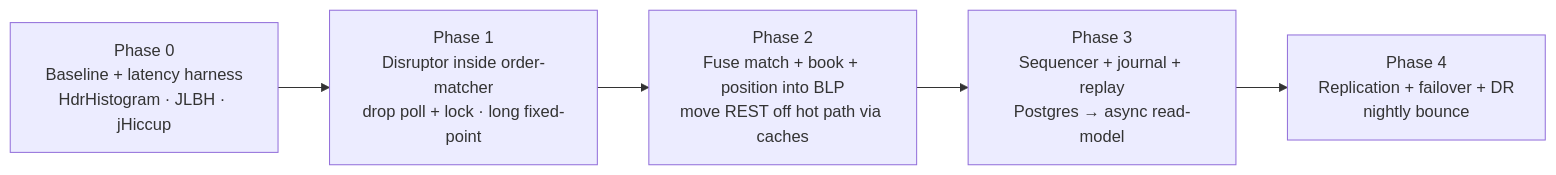
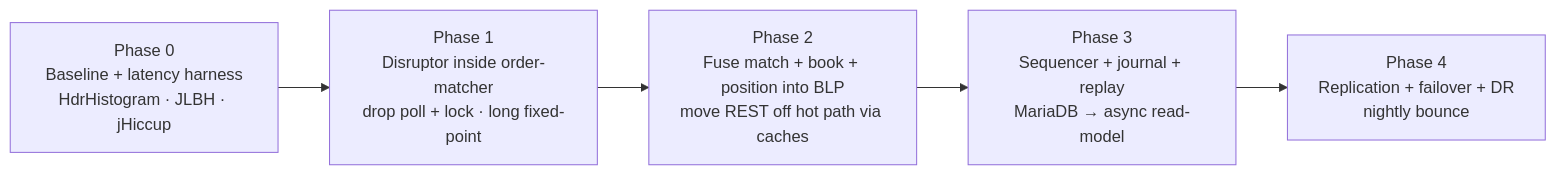
The eighth of 8 diagrams in LMAX-SEQUENCER-ARCHITECTURE.md (YU-CS-Summer-2026-Distributed-TraderX/traderX), drawn with Mermaid before and after one commit. The commit also changed other lines of this file and 16 other files, not shown here.

````diff
--- a/LMAX-SEQUENCER-ARCHITECTURE.md
+++ b/LMAX-SEQUENCER-ARCHITECTURE.md
@@ -567,8 +583,8 @@
 ```mermaid
 flowchart LR
   P0["Phase 0<br/>Baseline + latency harness<br/>HdrHistogram · JLBH · jHiccup"] --> P1
   P1["Phase 1<br/>Disruptor inside order-matcher<br/>drop poll + lock · long fixed-point"] --> P2
   P2["Phase 2<br/>Fuse match + book + position into BLP<br/>move REST off hot path via caches"] --> P3
-  P3["Phase 3<br/>Sequencer + journal + replay<br/>Postgres → async read-model"] --> P4
+  P3["Phase 3<br/>Sequencer + journal + replay<br/>MariaDB → async read-model"] --> P4
   P4["Phase 4<br/>Replication + failover + DR<br/>nightly bounce"]
 ```
````
